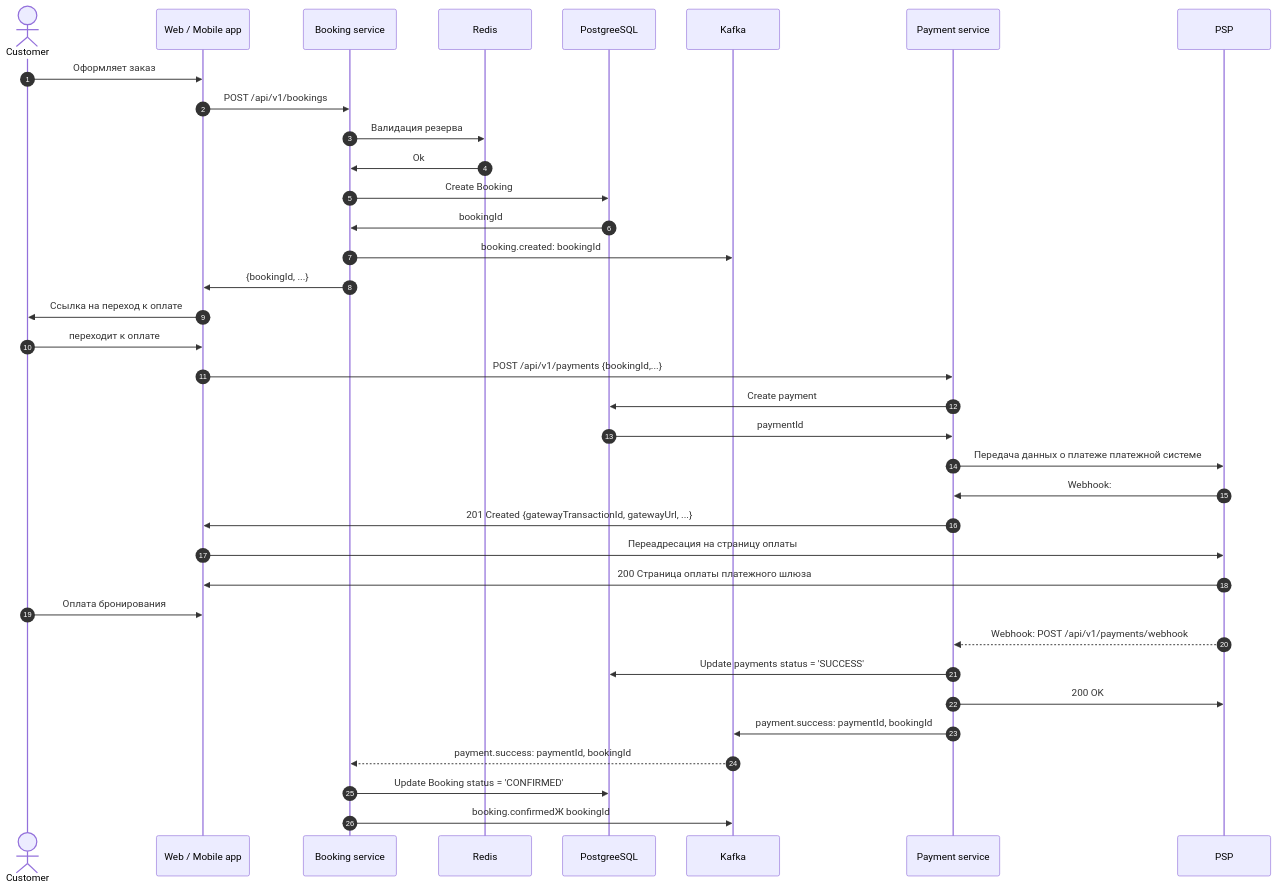
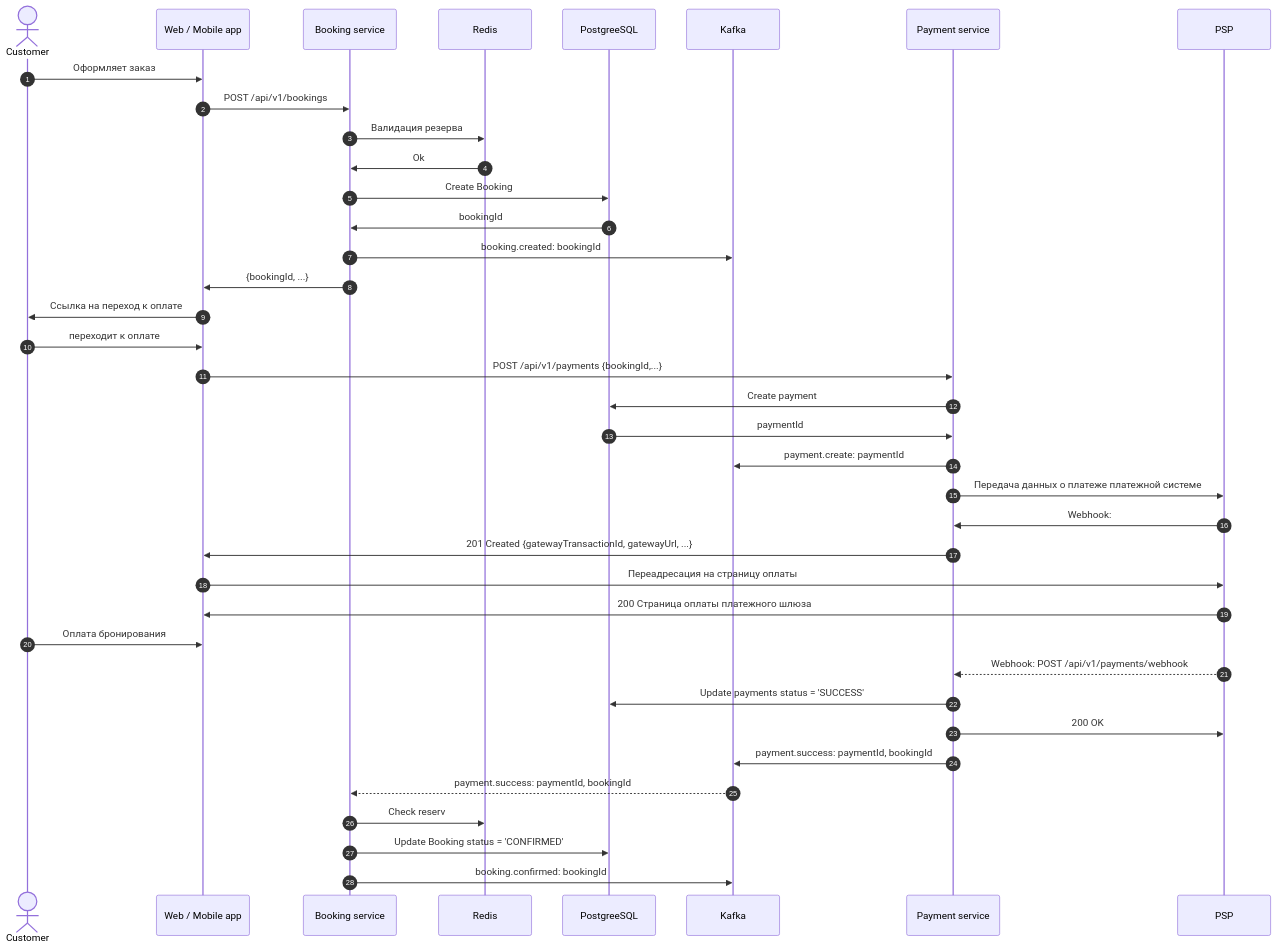
One commit to Mazenrab/SystemDesign changed the fourth of 4 diagrams in hw_06/solution/Взаимодействие.md. Above: the diagram before and after it, drawn with Mermaid. The commit also changed other lines of this file and 3 other files, not shown here.

````diff
--- a/hw_06/solution/Взаимодействие.md
+++ b/hw_06/solution/Взаимодействие.md
@@ -146,40 +146,42 @@
 ```mermaid
 sequenceDiagram
   autonumber
   actor Customer
   participant App as Web / Mobile app 
   participant Booking as Booking service
   participant Redis
   participant PostgreeSQL
   participant Kafka
   participant Payment as Payment service
   participant PSP
   
   Customer->>App: Оформляет заказ
   App->>Booking: POST /api/v1/bookings
   Booking->>Redis: Валидация резерва
   Redis->>Booking: Ok
   Booking->>PostgreeSQL: Create Booking  
   PostgreeSQL->>Booking: bookingId
   Booking->>Kafka: booking.created: bookingId
   Booking->>App: {bookingId, ...}
   App->>Customer: Ссылка на переход к оплате
   Customer->>App: переходит к оплате
   App->>Payment:  POST /api/v1/payments {bookingId,...}
   Payment->>PostgreeSQL: Create payment
   PostgreeSQL->>Payment: paymentId
+  Payment->>Kafka: payment.create: paymentId
   Payment->>PSP: Передача данных о платеже платежной системе
   PSP->>Payment: Webhook: 
   Payment->>App: 201 Created {gatewayTransactionId, gatewayUrl, ...}
   App->> PSP: Переадресация на страницу оплаты
   PSP->>App: 200 Страница оплаты платежного шлюза
   Customer->>App: Оплата бронирования
   PSP-->>Payment: Webhook: POST /api/v1/payments/webhook
   Payment->>PostgreeSQL: Update payments status = 'SUCCESS'
   Payment->>PSP: 200 OK
   Payment->>Kafka: payment.success: paymentId, bookingId
   Kafka-->>Booking: payment.success: paymentId, bookingId
-  Booking->>PostgreeSQL: Update Booking status = 'CONFIRMED'
-  Booking->>Kafka: booking.confirmedЖ bookingId
+  Booking->>Redis: Check reserv
+    Booking->>PostgreeSQL: Update Booking status = 'CONFIRMED'
+  Booking->>Kafka: booking.confirmed: bookingId
 
 ```
````
